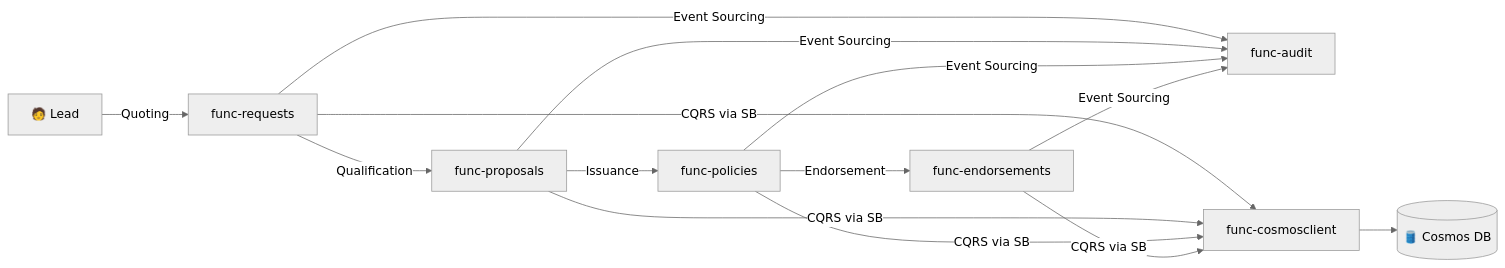
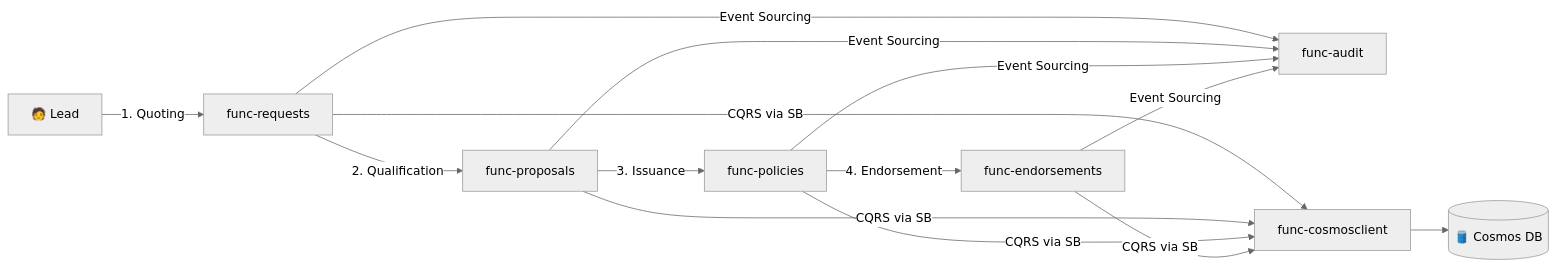
Before and after one commit to alan-ar/locktonbrasil: the third of 3 diagrams in README.md, drawn with Mermaid (neutral theme). The commit also changed other lines of this file, not shown here.

````diff
--- a/README.md
+++ b/README.md
@@ -101,12 +97,12 @@
 ```mermaid
 graph LR
-    A["🧑 Lead"] -->|Quoting| B["func-requests"]
-    B -->|Qualification| C["func-proposals"]
-    C -->|Issuance| D["func-policies"]
-    D -->|Endorsement| E["func-endorsements"]
+    A["🧑 Lead"] -->|1. Quoting| B["func-requests"]
+    B -->|2. Qualification| C["func-proposals"]
+    C -->|3. Issuance| D["func-policies"]
+    D -->|4. Endorsement| E["func-endorsements"]
 
     B & C & D & E -->|Event Sourcing| F["func-audit"]
     B & C & D & E -->|CQRS via SB| G["func-cosmosclient"]
     G --> H[("🛢️ Cosmos DB")]
 
 ```
````
